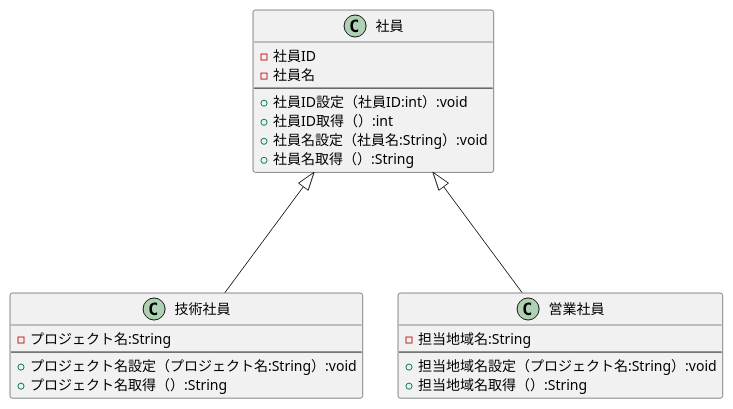
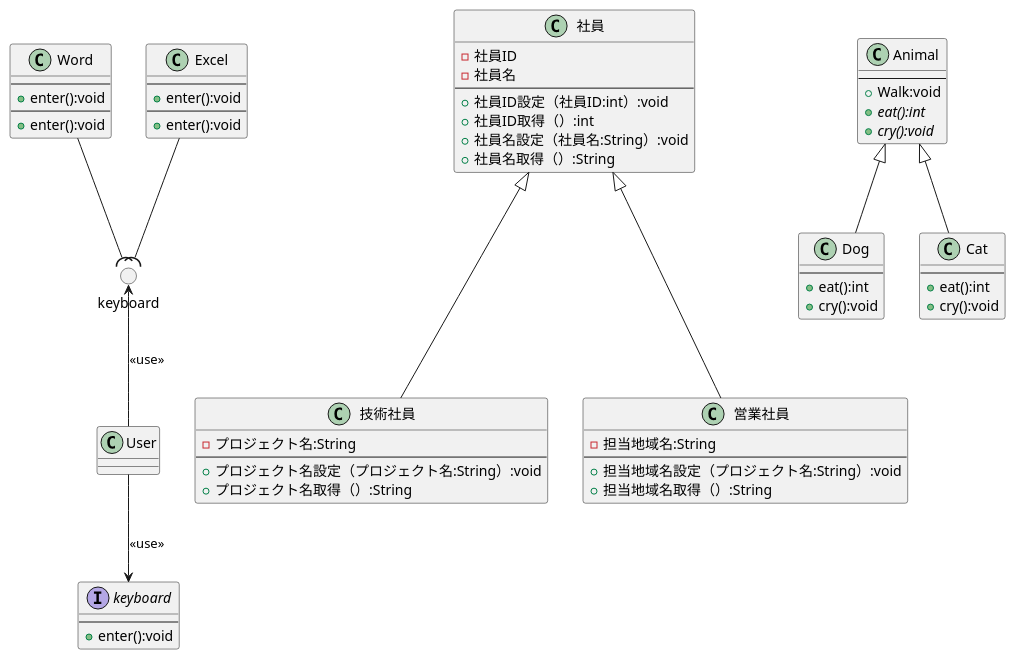
The diagram in 図3-3_継承抽象インターフェイス.pu (eumura123/uml-introduction), drawn with PlantUML before and after one commit.

Commit message:
図3-1

```diff
--- a/図3-3_継承抽象インターフェイス.pu
+++ b/図3-3_継承抽象インターフェイス.pu
@@ -1,25 +1,78 @@
 @startuml
 class 社員{
 - 社員ID
 - 社員名
 ---
 + 社員ID設定（社員ID:int）:void
 + 社員ID取得（）:int
 + 社員名設定（社員名:String）:void
 + 社員名取得（）:String
 }
 class 技術社員{
 - プロジェクト名:String
 ---
 + プロジェクト名設定（プロジェクト名:String）:void
 + プロジェクト名取得（）:String
 }
 class 営業社員{
 - 担当地域名:String
 ---
 + 担当地域名設定（プロジェクト名:String）:void
 + 担当地域名取得（）:String
 }
 社員<|--down- 技術社員
 社員<|--down- 営業社員
+
+class Animal {
+---
++ Walk:void
++ {abstract} eat():int
++ {abstract} cry():void
+}
+class Dog {
+---
++ eat():int
++ cry():void
+}
+class Cat {
+---
++ eat():int
++ cry():void
+}
+Animal <|-down- Dog
+Animal <|-down- Cat
+
+class Word {
+---
++ enter():void
+}
+class Excel {
+---
++ enter():void
+}
+interface keyboard {
+' <<interface>>
+---
++ enter():void
+}
+' keyboard <|.. Word
+' keyboard <|.. Excel
+class User {
+}
+keyboard <-up- User:<< use >>
+
+class Word {
+---
++ enter():void
+}
+class Excel {
+---
++ enter():void
+}
+circle "keyboard" as I1
+Word --( I1
+Excel --( I1
+class User {
+}
+I1 <-- User:<< use >>
 @enduml
```
